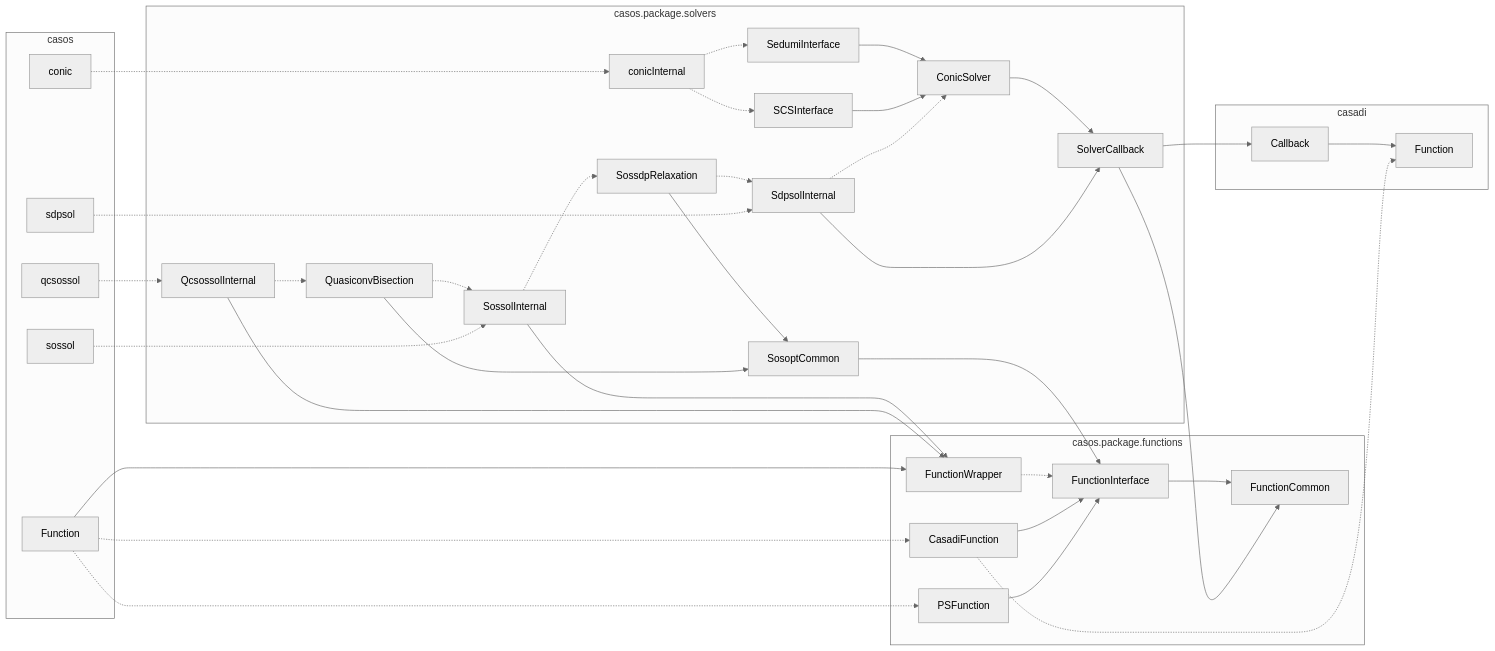
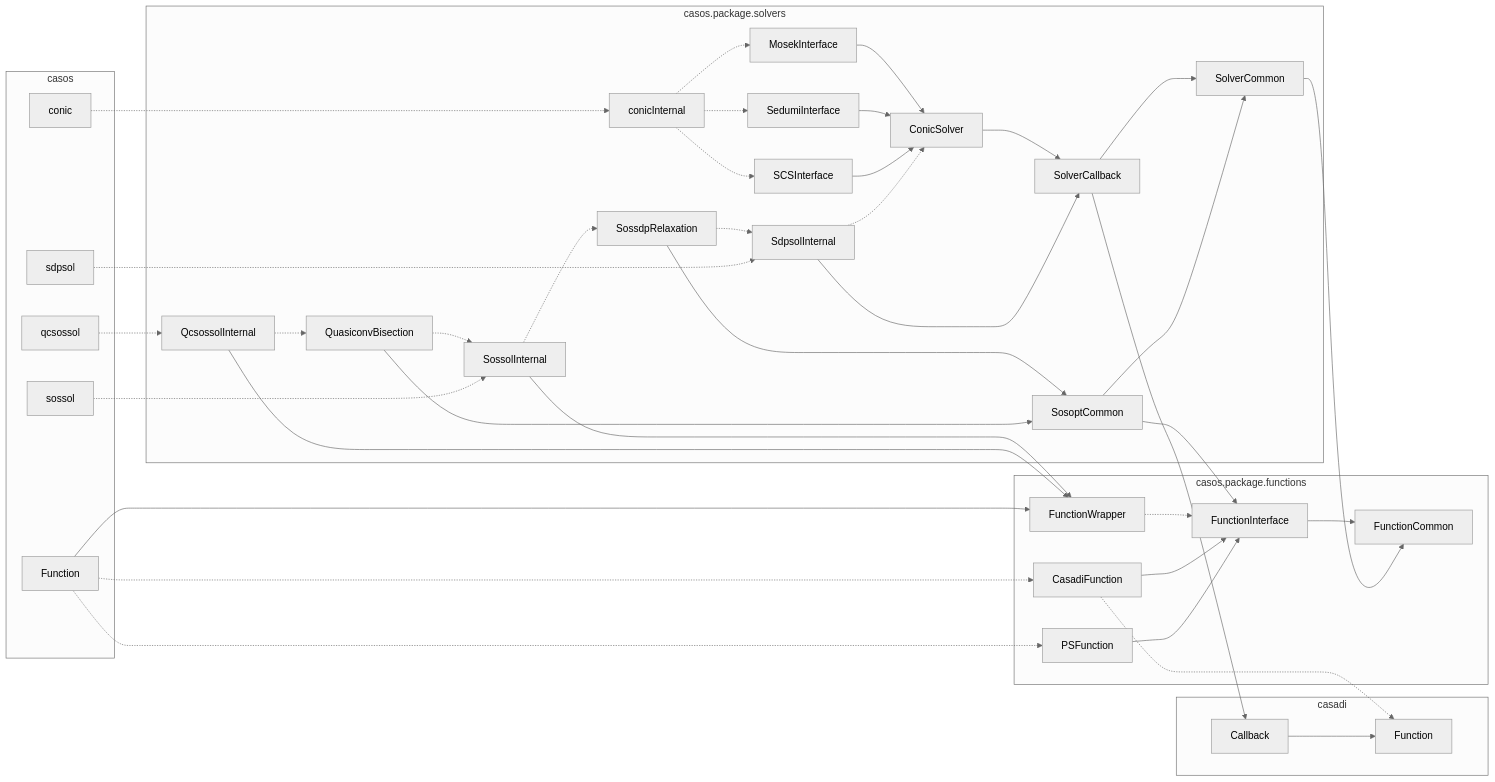
The diagram in +casos/+package/README.md (iFR-ACSO/casos), drawn with Mermaid (neutral theme) before and after one commit. The commit also changed 24 other files, not shown here.

````diff
--- a/+casos/+package/README.md
+++ b/+casos/+package/README.md
@@ -3,47 +3,51 @@
 ```mermaid
 flowchart LR
   subgraph casadi
     casadi.Callback[Callback] --> casadi.Function[Function]
   end
   subgraph casos
     casos.Function[Function]
     casos.conic[conic]
     casos.sdpsol[sdpsol]
     casos.sossol[sossol]
     casos.qcsossol[qcsossol]
   end
   subgraph casos.package.functions
     FunctionInterface --> FunctionCommon
     FunctionWrapper -.-> FunctionInterface
     CasadiFunction --> FunctionInterface
     PSFunction --> FunctionInterface
   end
   subgraph casos.package.solvers
     ConicSolver --> SolverCallback
+    SolverCallback --> SolverCommon
+    MosekInterface --> ConicSolver
     SedumiInterface --> ConicSolver
     SCSInterface --> ConicSolver
     SdpsolInternal --> SolverCallback
     SdpsolInternal -.-> ConicSolver
+    conicInternal -.-> MosekInterface
     conicInternal -.-> SedumiInterface
     conicInternal -.-> SCSInterface
+    SosoptCommon --> SolverCommon
     SossolInternal --> FunctionWrapper
     SossolInternal -.-> SossdpRelaxation
     SossdpRelaxation --> SosoptCommon
     SossdpRelaxation -.-> SdpsolInternal
     QcsossolInternal --> FunctionWrapper
     QcsossolInternal -.-> QuasiconvBisection
     QuasiconvBisection --> SosoptCommon
     QuasiconvBisection -.-> SossolInternal
-    SosoptCommon --> FunctionInterface
   end
   casos.Function --> FunctionWrapper
   casos.Function -.-> CasadiFunction
   casos.Function -.-> PSFunction
   CasadiFunction -.-> casadi.Function
   SolverCallback --> casadi.Callback
-  SolverCallback --> FunctionCommon
+  SolverCommon --> FunctionCommon
+  SosoptCommon --> FunctionInterface
   casos.conic -.-> conicInternal
   casos.sdpsol -.-> SdpsolInternal
   casos.sossol -.-> SossolInternal
   casos.qcsossol -.-> QcsossolInternal
 ```
````
